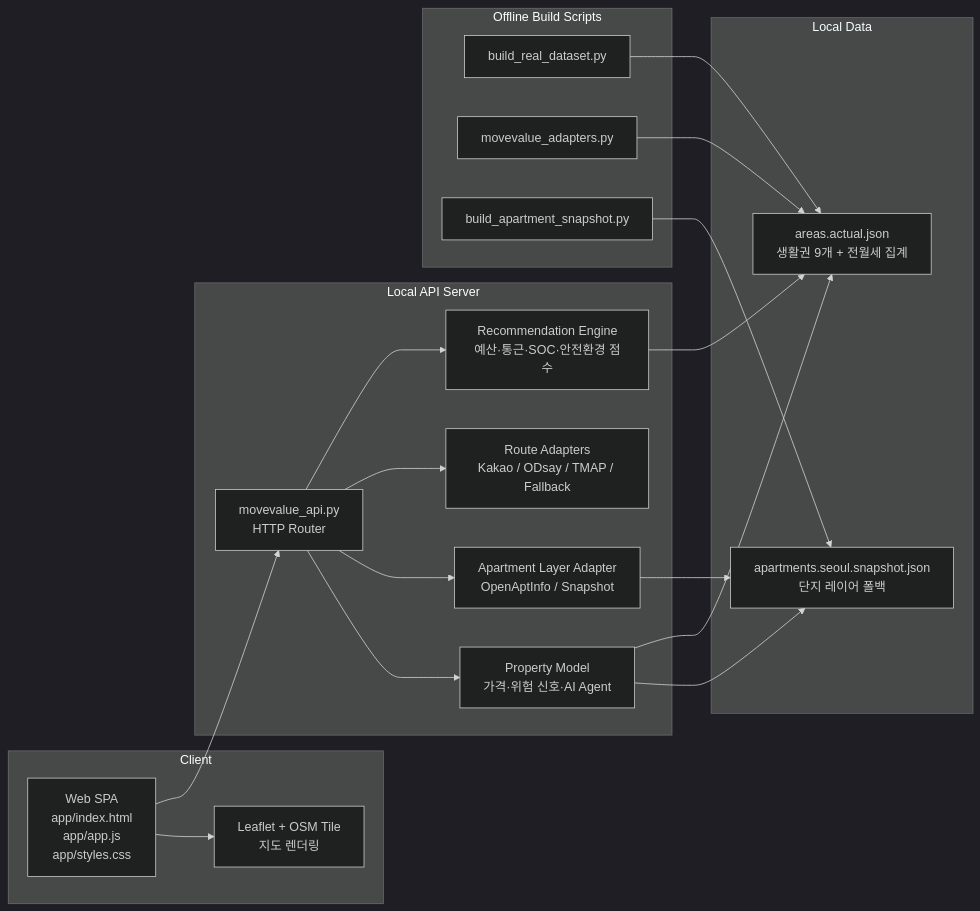
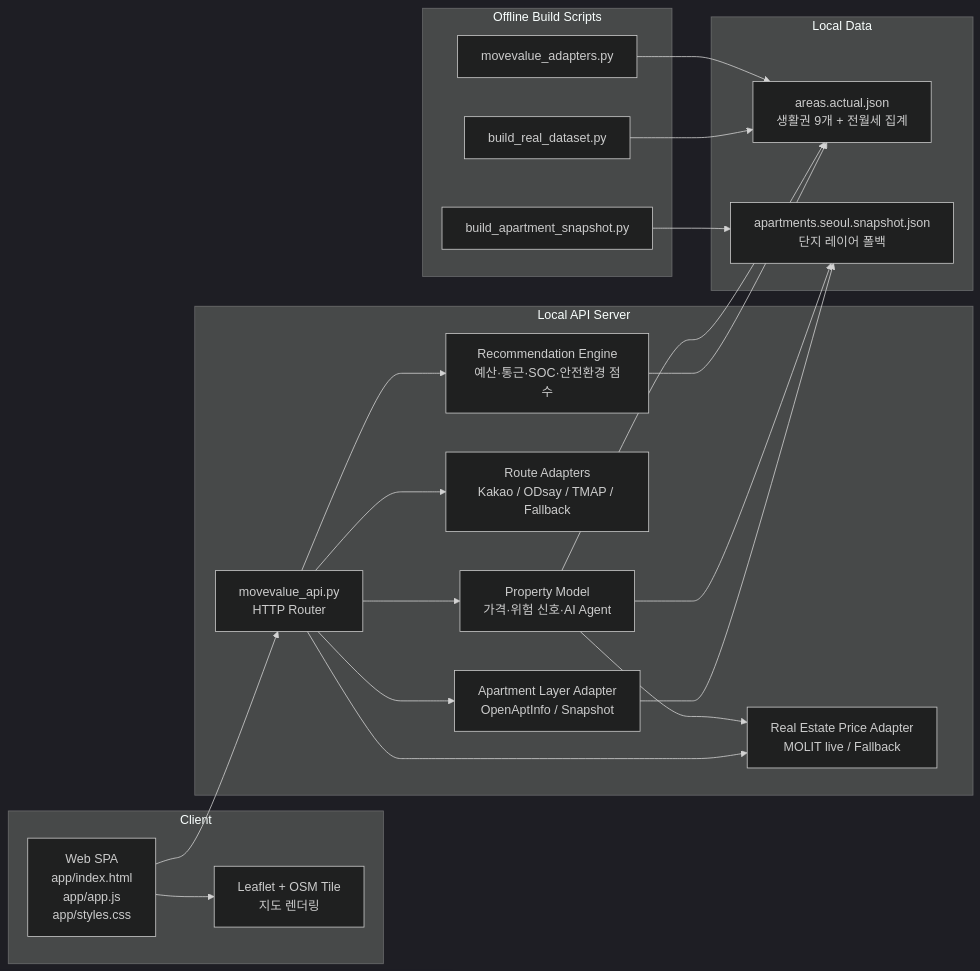
Before and after one commit to LSB-afk/-Future-Value-Level-up-Challenge-: the second of 5 diagrams in architecture/system-architecture.md, drawn with Mermaid (dark theme). The commit also changed other lines of this file and 22 other files, not shown here.

````diff
--- a/architecture/system-architecture.md
+++ b/architecture/system-architecture.md
@@ -24,40 +24,43 @@
 ```mermaid
 flowchart LR
     subgraph Client["Client"]
         Web["Web SPA<br/>app/index.html<br/>app/app.js<br/>app/styles.css"]
         Leaflet["Leaflet + OSM Tile<br/>지도 렌더링"]
     end
 
     subgraph Server["Local API Server"]
         Router["movevalue_api.py<br/>HTTP Router"]
         Recommend["Recommendation Engine<br/>예산·통근·SOC·안전환경 점수"]
         Route["Route Adapters<br/>Kakao / ODsay / TMAP / Fallback"]
         Apt["Apartment Layer Adapter<br/>OpenAptInfo / Snapshot"]
+        Price["Real Estate Price Adapter<br/>MOLIT live / Fallback"]
         Property["Property Model<br/>가격·위험 신호·AI Agent"]
     end
 
     subgraph Data["Local Data"]
         Areas["areas.actual.json<br/>생활권 9개 + 전월세 집계"]
         AptSnapshot["apartments.seoul.snapshot.json<br/>단지 레이어 폴백"]
     end
 
     subgraph Build["Offline Build Scripts"]
         RentBuilder["build_real_dataset.py"]
         AdapterBuilder["movevalue_adapters.py"]
         AptBuilder["build_apartment_snapshot.py"]
     end
 
     Web --> Router
     Web --> Leaflet
     Router --> Recommend
     Router --> Route
     Router --> Apt
+    Router --> Price
     Router --> Property
     Recommend --> Areas
     Apt --> AptSnapshot
     Property --> Areas
     Property --> AptSnapshot
+    Property --> Price
     RentBuilder --> Areas
     AdapterBuilder --> Areas
     AptBuilder --> AptSnapshot
 ```
````
